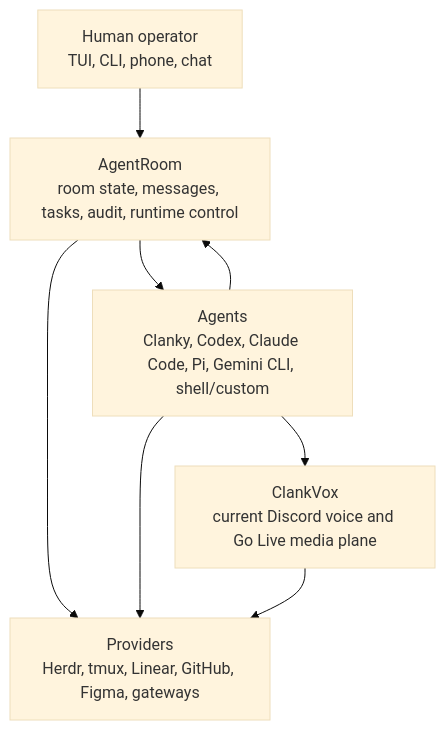
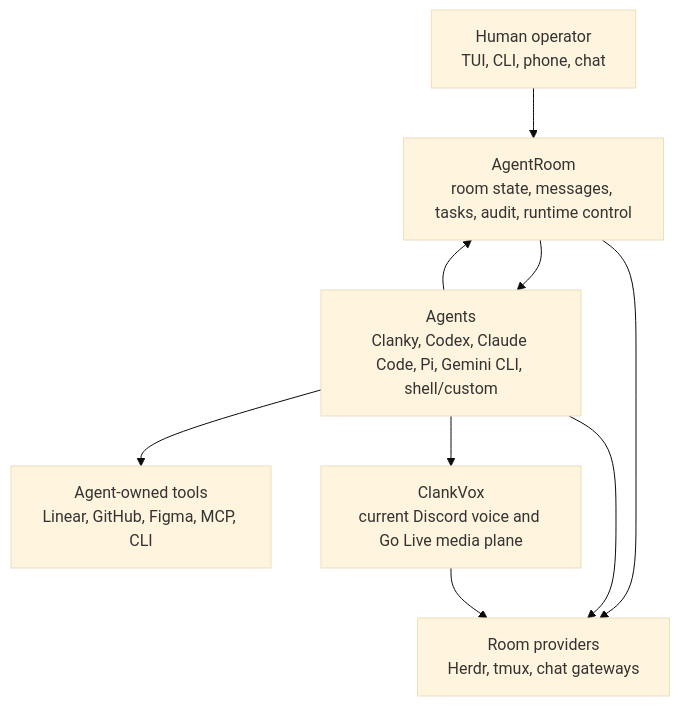
The first of 3 diagrams in docs/ECOSYSTEM.md (Volpestyle/agent-room), drawn with Mermaid (base theme) before and after one commit. The commit also changed other lines of this file and 43 other files, not shown here.

````diff
--- a/docs/ECOSYSTEM.md
+++ b/docs/ECOSYSTEM.md
@@ -75,16 +75,18 @@
 ```mermaid
 flowchart TB
   user["Human operator<br/>TUI, CLI, phone, chat"]
   room["AgentRoom<br/>room state, messages, tasks, audit, runtime control"]
   agents["Agents<br/>Clanky, Codex, Claude Code, Pi, Gemini CLI, shell/custom"]
-  providers["Providers<br/>Herdr, tmux, Linear, GitHub, Figma, gateways"]
+  providers["Room providers<br/>Herdr, tmux, chat gateways"]
+  external["Agent-owned tools<br/>Linear, GitHub, Figma, MCP, CLI"]
   media["ClankVox<br/>current Discord voice and Go Live media plane"]
 
   user --> room
   room --> agents
   agents --> room
   room --> providers
   agents --> providers
+  agents --> external
   agents --> media
   media --> providers
 ```
````
